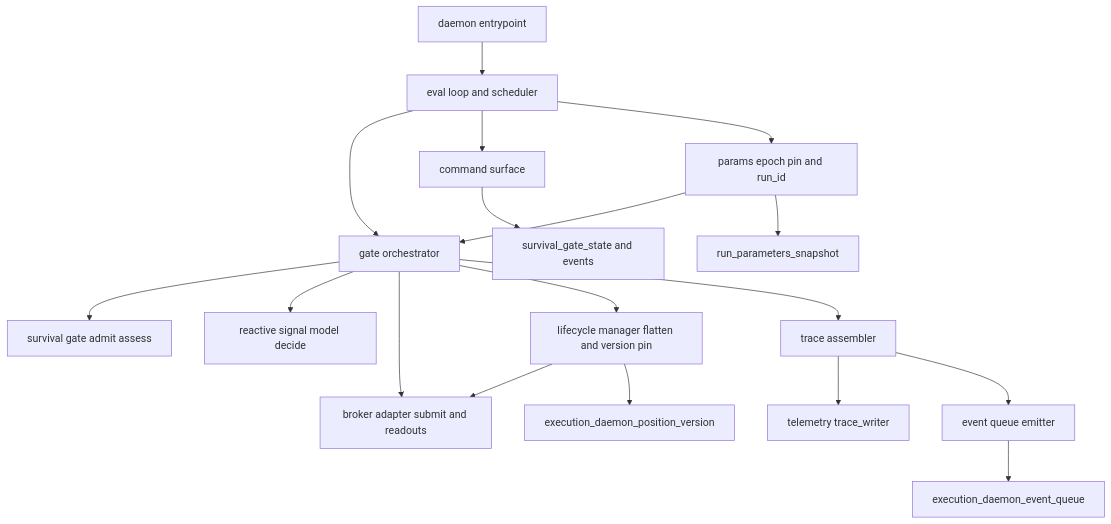
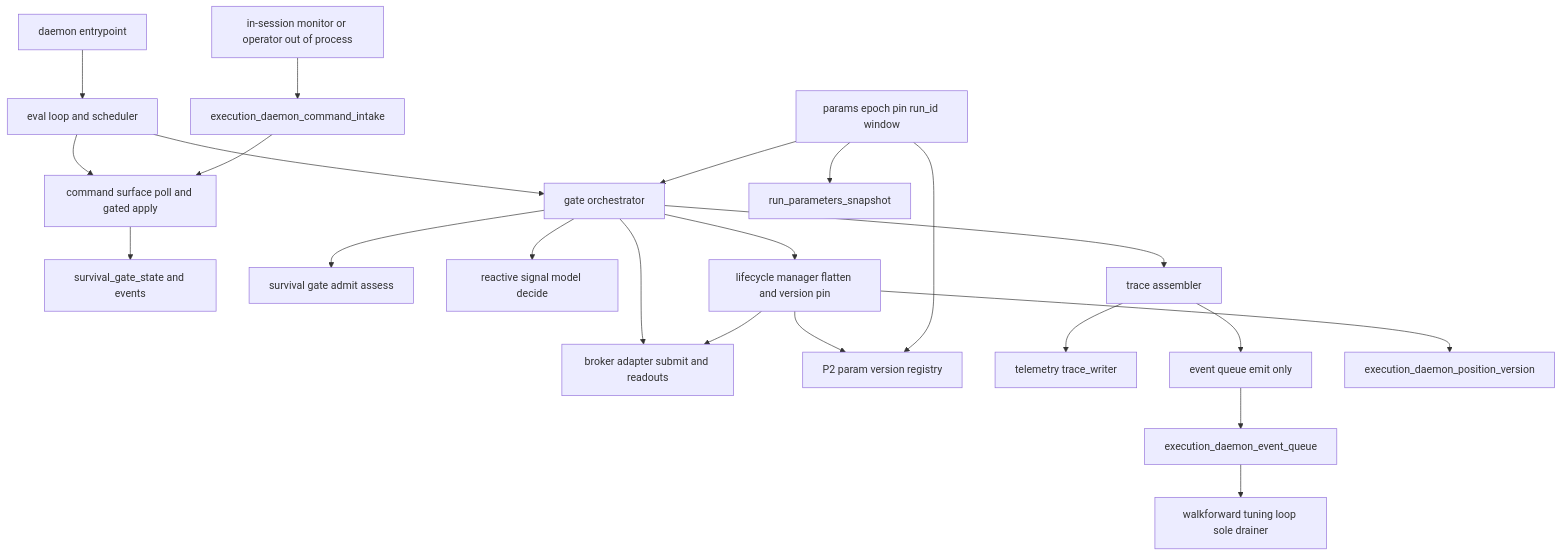
The first of 3 diagrams in .kiro/specs/execution-daemon/design.md (saehoon0501/equity-research-system), drawn with Mermaid before and after one commit. The commit also changed other lines of this file and 2 other files, not shown here.

First line of the commit message:
spec(execution-daemon): design Revision 2 — command-transport intake + consumer-seam reconciliation

````diff
--- a/.kiro/specs/execution-daemon/design.md
+++ b/.kiro/specs/execution-daemon/design.md
@@ -65,20 +71,24 @@
 ```mermaid
 graph TB
     Entry[daemon entrypoint] --> Loop
     Loop[eval loop and scheduler] --> Orch
     Loop --> Commands
+    Commander[in-session monitor or operator out of process] --> Intake[execution_daemon_command_intake]
+    Intake --> Commands
+    Commands[command surface poll and gated apply] --> OpState[survival_gate_state and events]
     Orch[gate orchestrator] --> Survival[survival gate admit assess]
     Orch --> Signal[reactive signal model decide]
     Orch --> Broker[broker adapter submit and readouts]
     Orch --> Lifecycle
     Orch --> Assembler
     Lifecycle[lifecycle manager flatten and version pin] --> Broker
+    Lifecycle --> Registry[P2 param version registry]
     Assembler[trace assembler] --> Writer[telemetry trace_writer]
     Assembler --> EventQ
-    Commands[command surface] --> OpState[survival_gate_state and events]
-    EventQ[event queue emitter] --> QTable[execution_daemon_event_queue]
+    EventQ[event queue emit only] --> QTable[execution_daemon_event_queue]
+    QTable --> Tuner[walkforward tuning loop sole drainer]
     Lifecycle --> PVTable[execution_daemon_position_version]
-    Params[params epoch pin and run_id] --> Orch
+    Params[params epoch pin run_id window] --> Orch
     Params --> Snapshot[run_parameters_snapshot]
-    Loop --> Params
+    Params --> Registry
 ```
````
